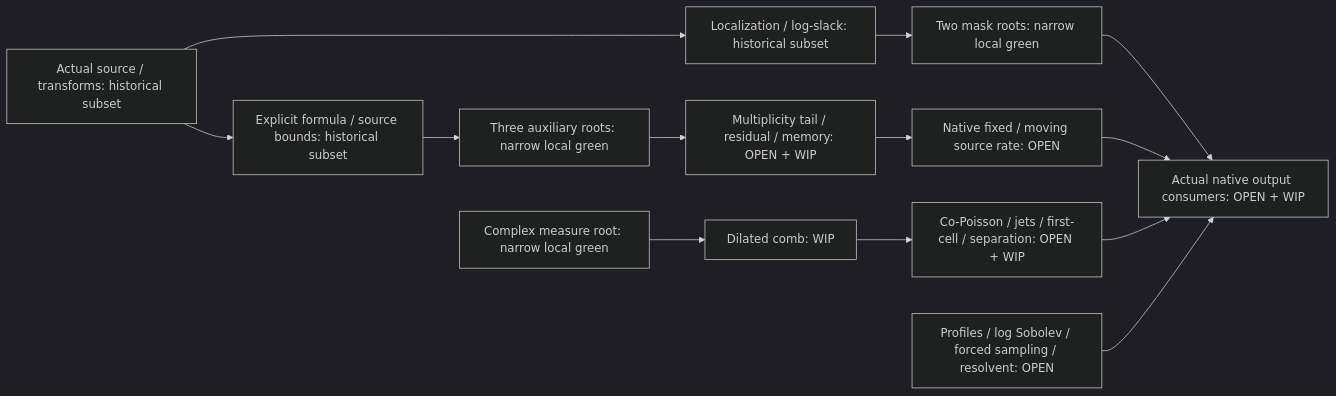
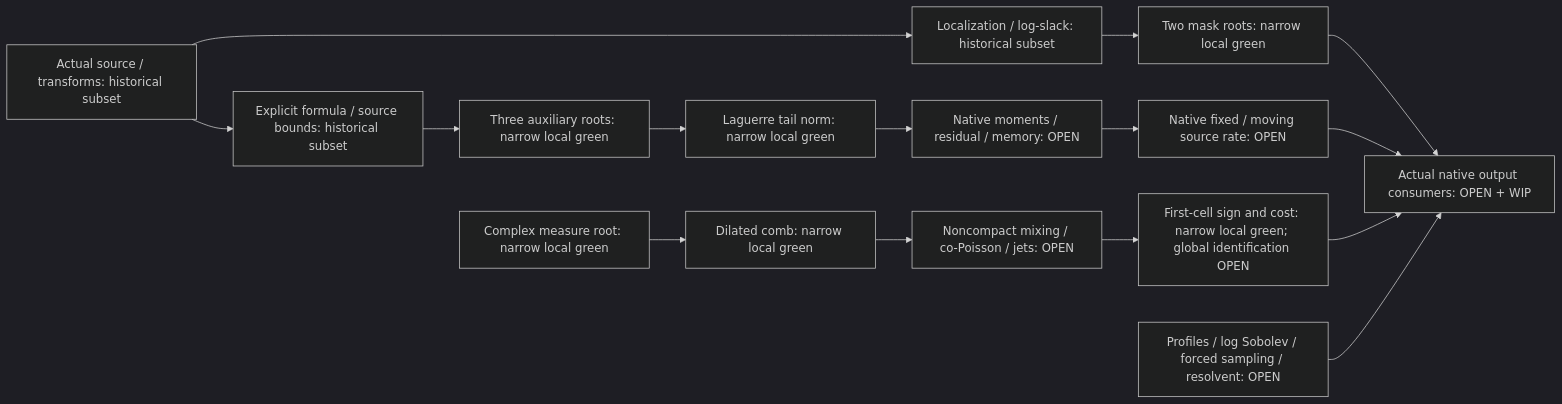
One commit to HMarcusWH/zeta-23-lean changed the second of 2 diagrams in research/RHRC/graph/OPICA_FOLLOWUP_CURRENT_STATE.md. Above: the diagram before and after it, drawn with Mermaid (dark theme). The commit also changed other lines of this file and 261 other files, not shown here.

Commit message:
OPICA: verify Laguerre, comb and first-cell proofs; harden full receipts

````diff
--- a/research/RHRC/graph/OPICA_FOLLOWUP_CURRENT_STATE.md
+++ b/research/RHRC/graph/OPICA_FOLLOWUP_CURRENT_STATE.md
@@ -63,16 +67,18 @@
 ```mermaid
 flowchart LR
   source["Actual source / transforms: historical subset"]
   source --> arithmetic["Localization / log-slack: historical subset"]
   arithmetic --> masks["Two mask roots: narrow local green"]
   source --> explicit["Explicit formula / source bounds: historical subset"]
   explicit --> auxiliary["Three auxiliary roots: narrow local green"]
-  auxiliary --> tail["Multiplicity tail / residual / memory: OPEN + WIP"]
+  auxiliary --> norm["Laguerre tail norm: narrow local green"]
+  norm --> tail["Native moments / residual / memory: OPEN"]
   tail --> rate["Native fixed / moving source rate: OPEN"]
   masks --> consumers["Actual native output consumers: OPEN + WIP"]
   rate --> consumers
-  complex["Complex measure root: narrow local green"] --> comb["Dilated comb: WIP"]
-  comb --> heat["Co-Poisson / jets / first-cell / separation: OPEN + WIP"]
+  complex["Complex measure root: narrow local green"] --> comb["Dilated comb: narrow local green"]
+  comb --> mixing["Noncompact mixing / co-Poisson / jets: OPEN"]
+  mixing --> heat["First-cell sign and cost: narrow local green; global identification OPEN"]
   heat --> consumers
   spectral["Profiles / log Sobolev / forced sampling / resolvent: OPEN"] --> consumers
 ```
````
